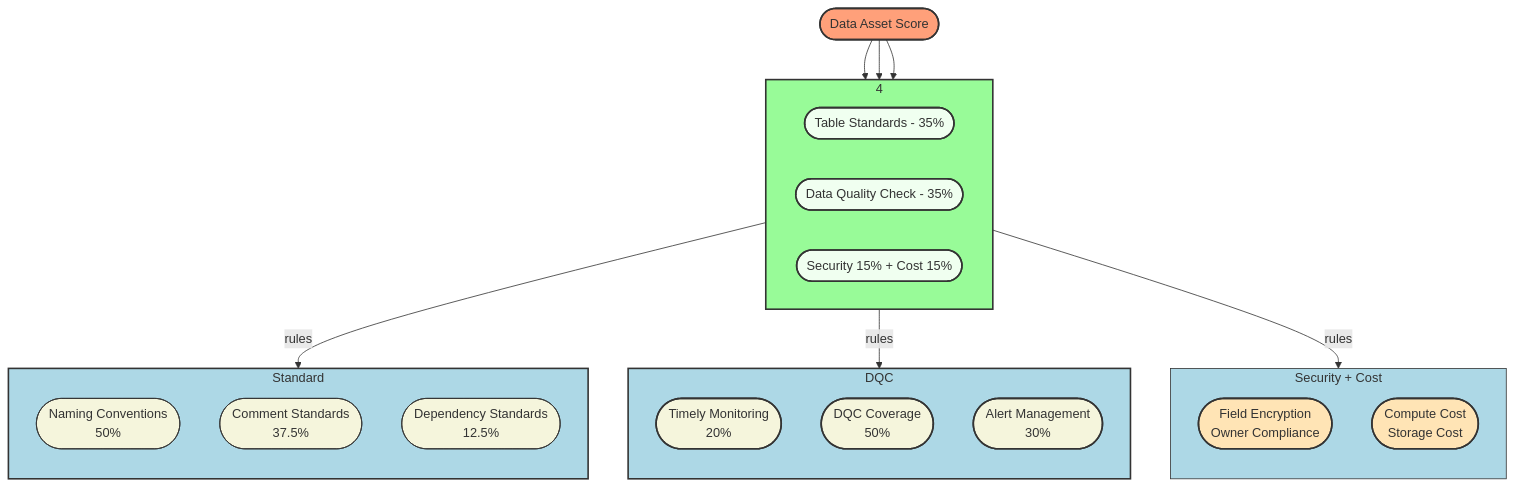
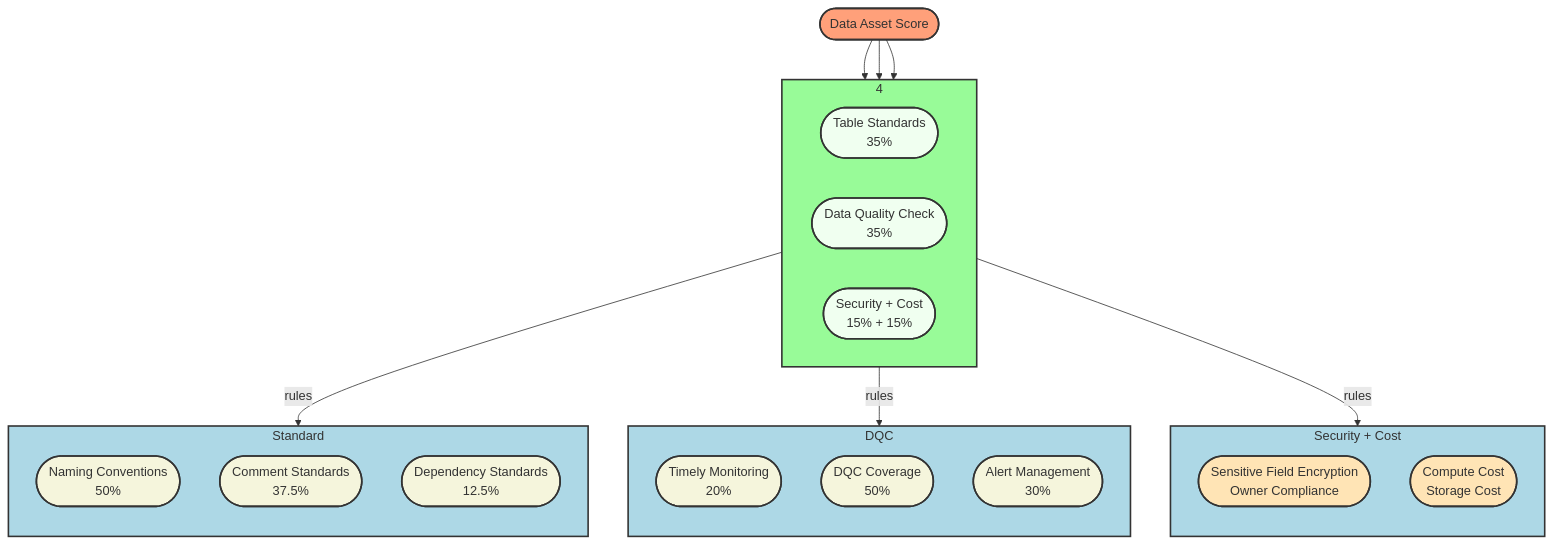
Before and after one commit to blaire101/data-warehouse-solutions: the first of 5 diagrams in README.md, drawn with Mermaid.

````diff
--- a/README.md
+++ b/README.md
@@ -19,52 +19,51 @@
 ```mermaid
 flowchart TB
- subgraph SG_DataAssetScore["4"]
-    direction LR
-        DAS_A(["Table Standards - 35%"])
-        DAS_B(["Data Quality Check - 35%"])
-        DAS_C(["Security 15% + Cost 15%"])
-  end
- subgraph DAS_SECO["Security + Cost"]
-    direction TB
-        SECO_A(["Field Encryption <br>Owner Compliance"])
+
+    subgraph SG_DataAssetScore["4"]
+        direction LR
+        DAS_A(["Table Standards <br> 35%"])
+        DAS_B(["Data Quality Check <br> 35%"])
+        DAS_C(["Security + Cost <br> 15% + 15%"])
+    end
+
+    subgraph DAS_SECO["Security + Cost"]
+        direction TB
+        SECO_A(["Sensitive Field Encryption <br>Owner Compliance"])
         SECO_B(["Compute Cost <br>Storage Cost"])
-  end
- subgraph DAS_DataQuality["DQC"]
-    direction TB
+    end
+
+    subgraph DAS_DataQuality["DQC"]
+        direction TB
         DQ_A(["Timely Monitoring <br>20%"])
         DQ_B(["DQC Coverage <br>50%"])
         DQ_C(["Alert Management <br>30%"])
-  end
- subgraph DAS_Standard["Standard"]
-    direction TB
+    end
+
+    subgraph DAS_Standard["Standard"]
+        direction TB
         ST_A(["Naming Conventions <br>50%"])
         ST_B(["Comment Standards <br>37.5%"])
         ST_C(["Dependency Standards <br>12.5%"])
-  end
+    end
+
     DAS(["Data Asset Score"]) --> DAS_A & DAS_B & DAS_C
     DAS_A -- rules --> DAS_Standard
     DAS_B -- rules --> DAS_DataQuality
     DAS_C -- rules --> DAS_SECO
-    style DAS_A fill:#F0FFF0,stroke:#333,stroke-width:2px
-    style DAS_B fill:#F0FFF0,stroke:#333,stroke-width:2px
-    style DAS_C fill:#F0FFF0,stroke:#333,stroke-width:2px
-    style SECO_A fill:#FFE4B5,stroke:#333,stroke-width:2px
-    style SECO_B fill:#FFE4B5,stroke:#333,stroke-width:2px
-    style DQ_A fill:#F5F5DC,stroke:#333,stroke-width:2px
-    style DQ_B fill:#F5F5DC,stroke:#333,stroke-width:2px
-    style DQ_C fill:#F5F5DC,stroke:#333,stroke-width:2px
-    style ST_A fill:#F5F5DC,stroke:#333,stroke-width:1px
-    style ST_B fill:#F5F5DC,stroke:#333,stroke-width:1px
-    style ST_C fill:#F5F5DC,stroke:#333,stroke-width:1px
-    style DAS fill:#FFA07A,stroke:#333,stroke-width:2px
-    style DAS_Standard fill:#ADD8E6,stroke:#333,stroke-width:2px
-    style DAS_DataQuality fill:#ADD8E6,stroke:#333,stroke-width:2px
-    style DAS_SECO fill:#ADD8E6,stroke:#333,stroke-width:1px
-    style SG_DataAssetScore fill:#98FB98,stroke:#333,stroke-width:2px
-    linkStyle 0 stroke:#333,stroke-width:1px,fill:none
-    linkStyle 1 stroke:#333,stroke-width:1px,fill:none
-    linkStyle 2 stroke:#333,stroke-width:1px,fill:none
-    linkStyle 3 stroke:#333,stroke-width:1px,fill:none
-    linkStyle 4 stroke:#333,stroke-width:1px,fill:none
-    linkStyle 5 stroke:#333,stroke-width:1px,fill:none
+
+
+    classDef rectBox fill:#F5F5DC,stroke:#333,stroke-width:2px,rx:0,ry:0
+    classDef rectMain fill:#FFA07A,stroke:#333,stroke-width:2px,rx:0,ry:0
+    classDef rectGroup fill:#ADD8E6,stroke:#333,stroke-width:2px,rx:0,ry:0
+    classDef rectLight fill:#F0FFF0,stroke:#333,stroke-width:2px,rx:0,ry:0
+    classDef rectWarn fill:#FFE4B5,stroke:#333,stroke-width:2px,rx:0,ry:0
+    classDef rectFrame fill:#98FB98,stroke:#333,stroke-width:2px,rx:0,ry:0
+
+    class DAS rectMain
+    class DAS_A,DAS_B,DAS_C rectLight
+    class SECO_A,SECO_B rectWarn
+    class DQ_A,DQ_B,DQ_C rectBox
+    class ST_A,ST_B,ST_C rectBox
+    class SG_DataAssetScore rectFrame
+    class DAS_Standard,DAS_DataQuality,DAS_SECO rectGroup
 ```
````
